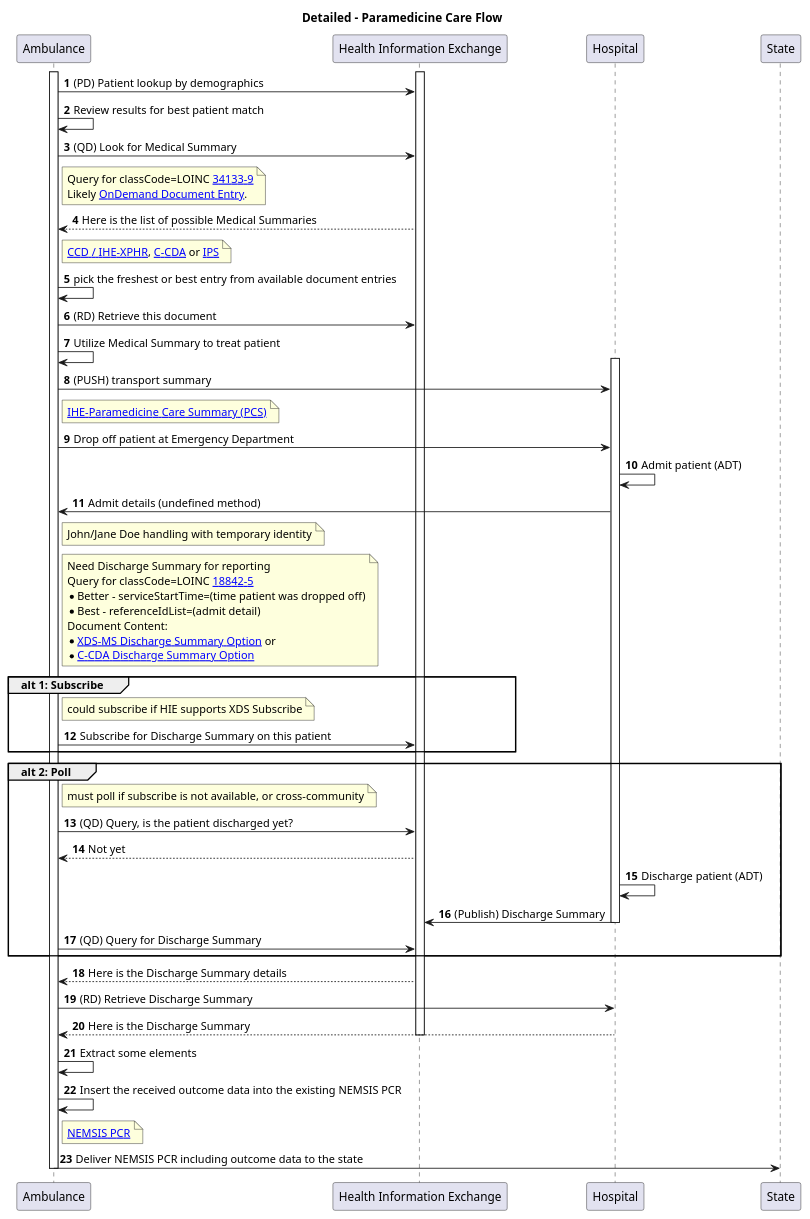
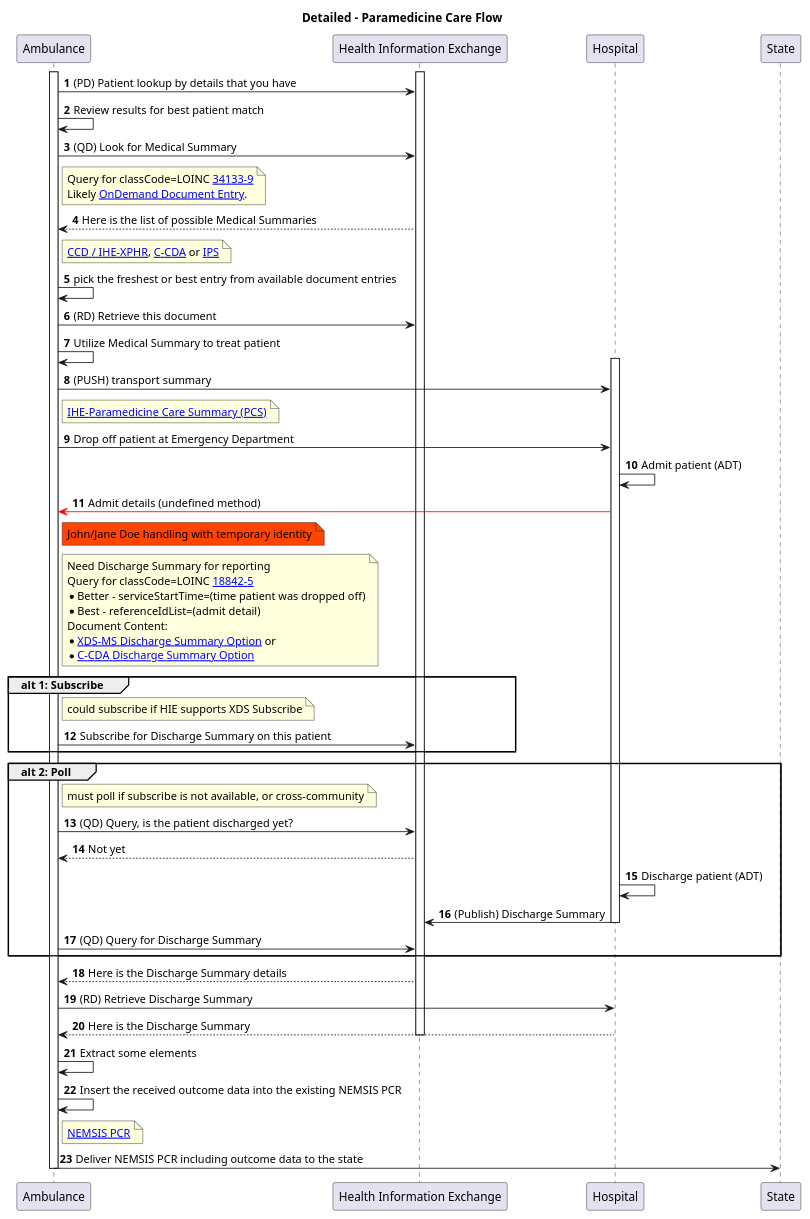
The diagram in input/images-source/usecase1-processflow.plantuml (IHE/EMS-Overall), drawn with PlantUML before and after one commit. The commit also changed 2 other files, not shown here.

```diff
--- a/input/images-source/usecase1-processflow.plantuml
+++ b/input/images-source/usecase1-processflow.plantuml
@@ -1,61 +1,61 @@
 @startuml
 skinparam svgDimensionStyle false
 title Detailed - Paramedicine Care Flow
 participant "Ambulance" as Ambulance
 participant "Health Information Exchange" as HIE [[https://profiles.ihe.net/ITI/HIE-Whitepaper/index.html HIE-Whitepaper]]
 autonumber
 activate Ambulance
 activate HIE
-Ambulance -> HIE: (PD) Patient lookup by demographics
+Ambulance -> HIE: (PD) Patient lookup by details that you have
 Ambulance -> Ambulance: Review results for best patient match
 
 Ambulance -> HIE: (QD) Look for Medical Summary
 Note right of Ambulance: Query for classCode=LOINC [[https://loinc.org/34133-9/ 34133-9]]\nLikely [[https://profiles.ihe.net/ITI/HIE-Whitepaper/index.html#212-dynamic-documents OnDemand Document Entry]].
 Ambulance <-- HIE: Here is the list of possible Medical Summaries
 Note right of Ambulance: [[https://www.ihe.net/uploadedFiles/Documents/PCC/IHE_PCC_TF_Vol1.pdf#nameddest=4_Exchange_of_Personal_Health_R CCD / IHE-XPHR]], [[https://www.hl7.org/ccdasearch/ C-CDA]] or [[https://hl7.org/fhir/uv/ips/ IPS]]
 Ambulance -> Ambulance: pick the freshest or best entry from available document entries
 
 Ambulance -> HIE: (RD) Retrieve this document
 Ambulance -> Ambulance: Utilize Medical Summary to treat patient
 
 activate Hospital
 Ambulance -> Hospital: (PUSH) transport summary 
 Note right of Ambulance: [[https://www.ihe.net//uploadedFiles/Documents/PCC/IHE_PCC_Suppl_PCS.pdf IHE-Paramedicine Care Summary (PCS)]]
 
 Ambulance -> Hospital: Drop off patient at Emergency Department
 
 Hospital-> Hospital: Admit patient (ADT)
 
-Hospital -> Ambulance: Admit details (undefined method)
-Note right of Ambulance: John/Jane Doe handling with temporary identity
+Hospital -[#red]> Ambulance: Admit details (undefined method)
+Note right of Ambulance #orangered: John/Jane Doe handling with temporary identity
 
 Note right of Ambulance: Need Discharge Summary for reporting\nQuery for classCode=LOINC [[https://loinc.org/18842-5/ 18842-5]]\n* Better - serviceStartTime=(time patient was dropped off)\n* Best - referenceIdList=(admit detail)\nDocument Content:\n* [[https://www.ihe.net/uploadedFiles/Documents/PCC/IHE_PCC_TF_Vol1.pdf#nameddest=3_4_2_2_Discharge_Summary_Optio XDS-MS Discharge Summary Option]] or \n* [[https://www.hl7.org/ccdasearch/templates/2.16.840.1.113883.10.20.22.1.8.html C-CDA Discharge Summary Option]]
 group alt 1: Subscribe
     Note right of Ambulance: could subscribe if HIE supports XDS Subscribe
     Ambulance -> HIE: Subscribe for Discharge Summary on this patient 
 end group
 group alt 2: Poll
     Note right of Ambulance: must poll if subscribe is not available, or cross-community
     Ambulance -> HIE: (QD) Query, is the patient discharged yet? 
     Ambulance <-- HIE: Not yet
 
     Hospital -> Hospital: Discharge patient (ADT)
     Hospital -> HIE: (Publish) Discharge Summary
     deactivate Hospital
 
     Ambulance -> HIE: (QD) Query for Discharge Summary
 end group
 Ambulance <-- HIE: Here is the Discharge Summary details
 Ambulance -> Hospital: (RD) Retrieve Discharge Summary
 Ambulance <-- Hospital: Here is the Discharge Summary
 deactivate HIE
 
 
 Ambulance -> Ambulance: Extract some elements
 Ambulance -> Ambulance: Insert the received outcome data into the existing NEMSIS PCR
 Note right of Ambulance: [[https://nemsis.org/technical-resources NEMSIS PCR]]
 Ambulance -> State: Deliver NEMSIS PCR including outcome data to the state
 
 deactivate Ambulance
 
 @enduml
```
